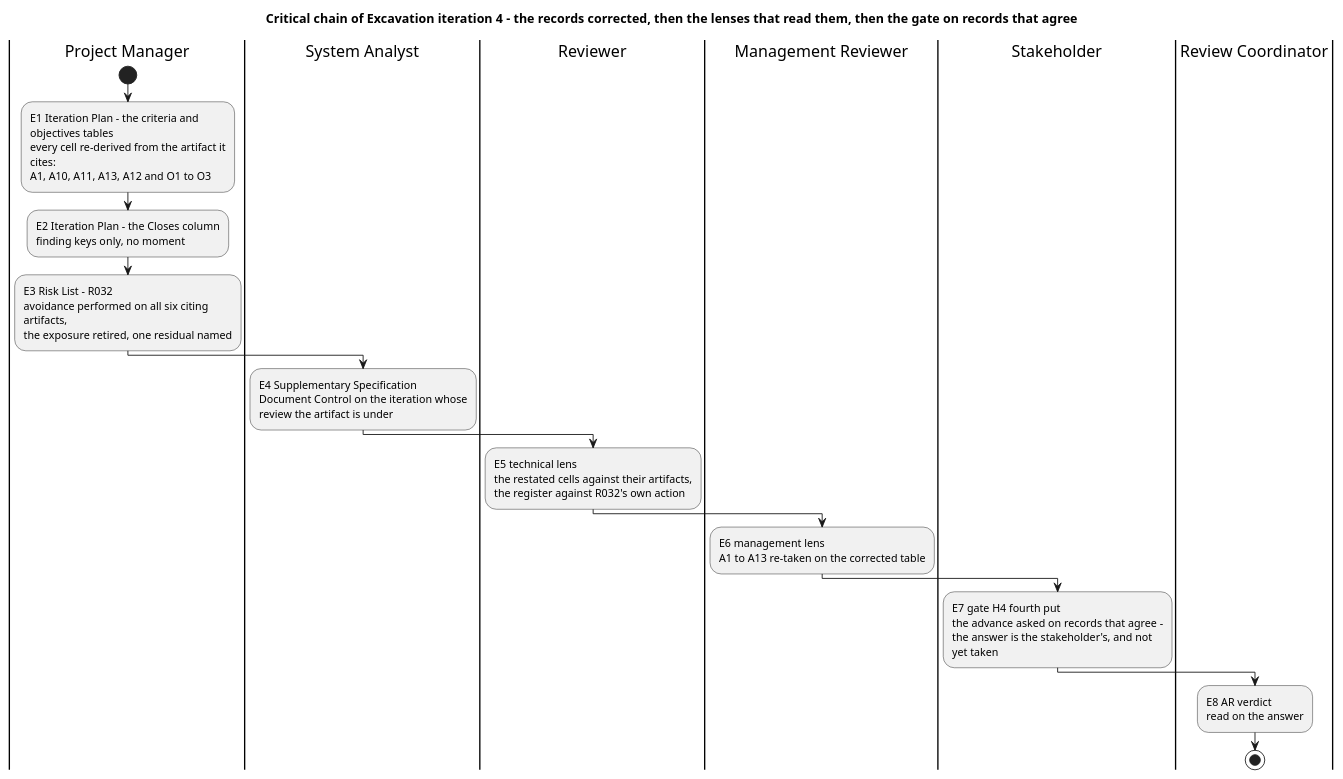
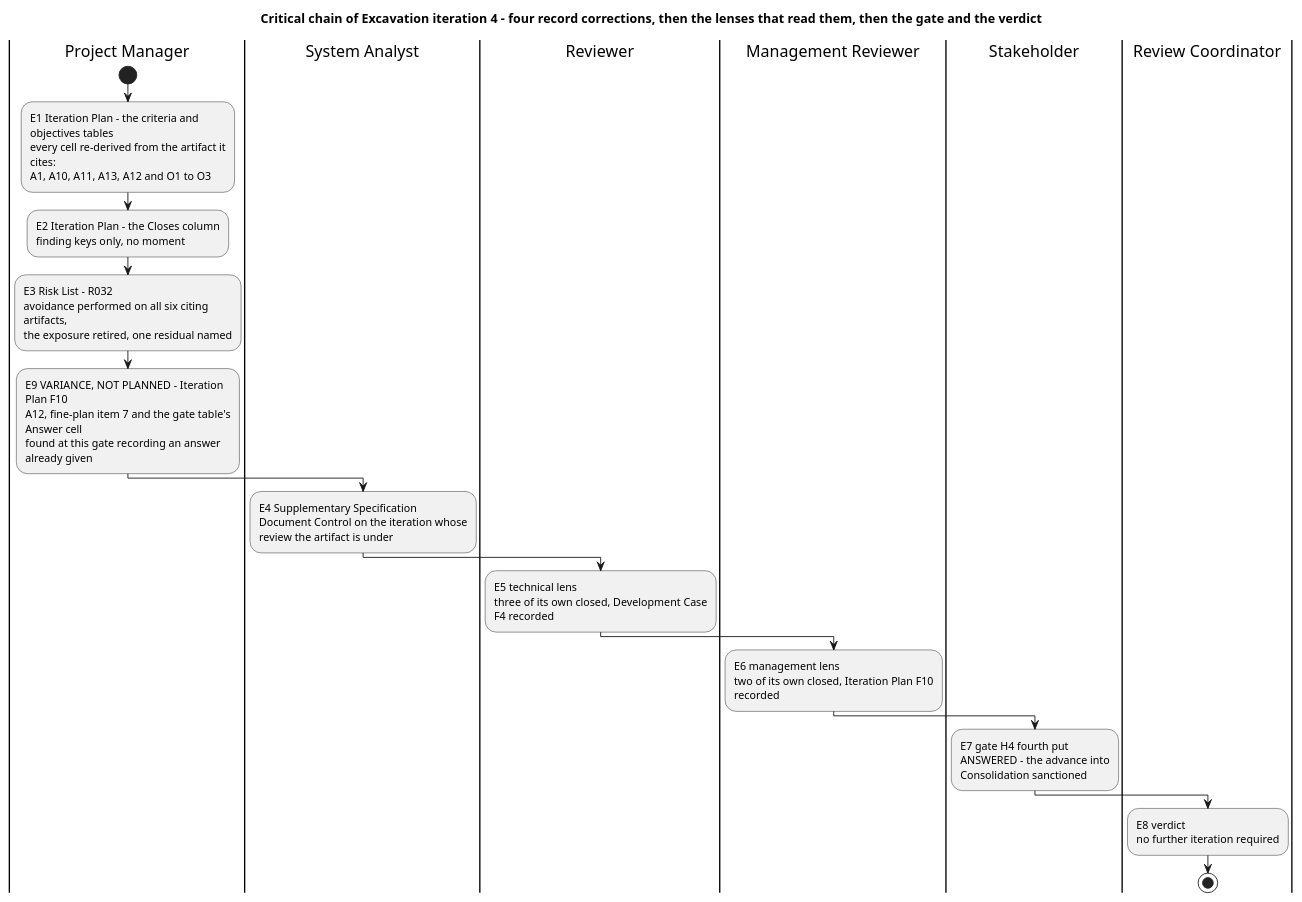
Before and after one commit to banense-test/TodoApp: the third of 6 diagrams in docs/artifacts/project-management/iteration-plan.md, drawn with PlantUML. The commit also changed other lines of this file, not shown here.

First line of the commit message:
Project Manager [Excavation4]: upsert Iteration Plan

````diff
--- a/docs/artifacts/project-management/iteration-plan.md
+++ b/docs/artifacts/project-management/iteration-plan.md
@@ -154,39 +154,40 @@
 ```plantuml
 @startuml
-title Critical chain of Excavation iteration 4 - the records corrected, then the lenses that read them, then the gate on records that agree
+title Critical chain of Excavation iteration 4 - four record corrections, then the lenses that read them, then the gate and the verdict
 skinparam shadowing false
 skinparam wrapWidth 245
 
 |Project Manager|
 start
 :E1 Iteration Plan - the criteria and objectives tables
 every cell re-derived from the artifact it cites:
 A1, A10, A11, A13, A12 and O1 to O3;
 :E2 Iteration Plan - the Closes column
 finding keys only, no moment;
 :E3 Risk List - R032
 avoidance performed on all six citing artifacts,
 the exposure retired, one residual named;
+:E9 VARIANCE, NOT PLANNED - Iteration Plan F10
+A12, fine-plan item 7 and the gate table's Answer cell
+found at this gate recording an answer already given;
 
 |System Analyst|
 :E4 Supplementary Specification
 Document Control on the iteration whose
 review the artifact is under;
 
 |Reviewer|
 :E5 technical lens
-the restated cells against their artifacts,
-the register against R032's own action;
+three of its own closed, Development Case F4 recorded;
 |Management Reviewer|
 :E6 management lens
-A1 to A13 re-taken on the corrected table;
+two of its own closed, Iteration Plan F10 recorded;
 |Stakeholder|
 :E7 gate H4 fourth put
-the advance asked on records that agree -
-the answer is the stakeholder's, and not yet taken;
+ANSWERED - the advance into Consolidation sanctioned;
 |Review Coordinator|
-:E8 AR verdict
-read on the answer;
+:E8 verdict
+no further iteration required;
 stop
 @enduml
 ```
````
